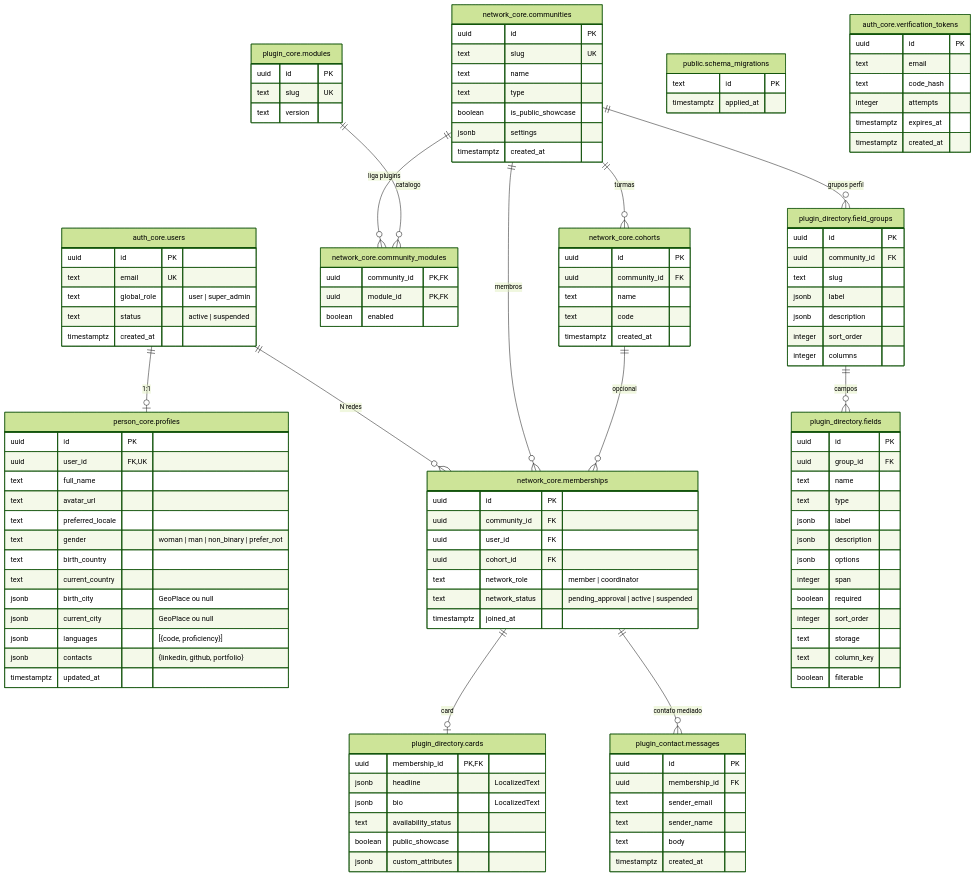
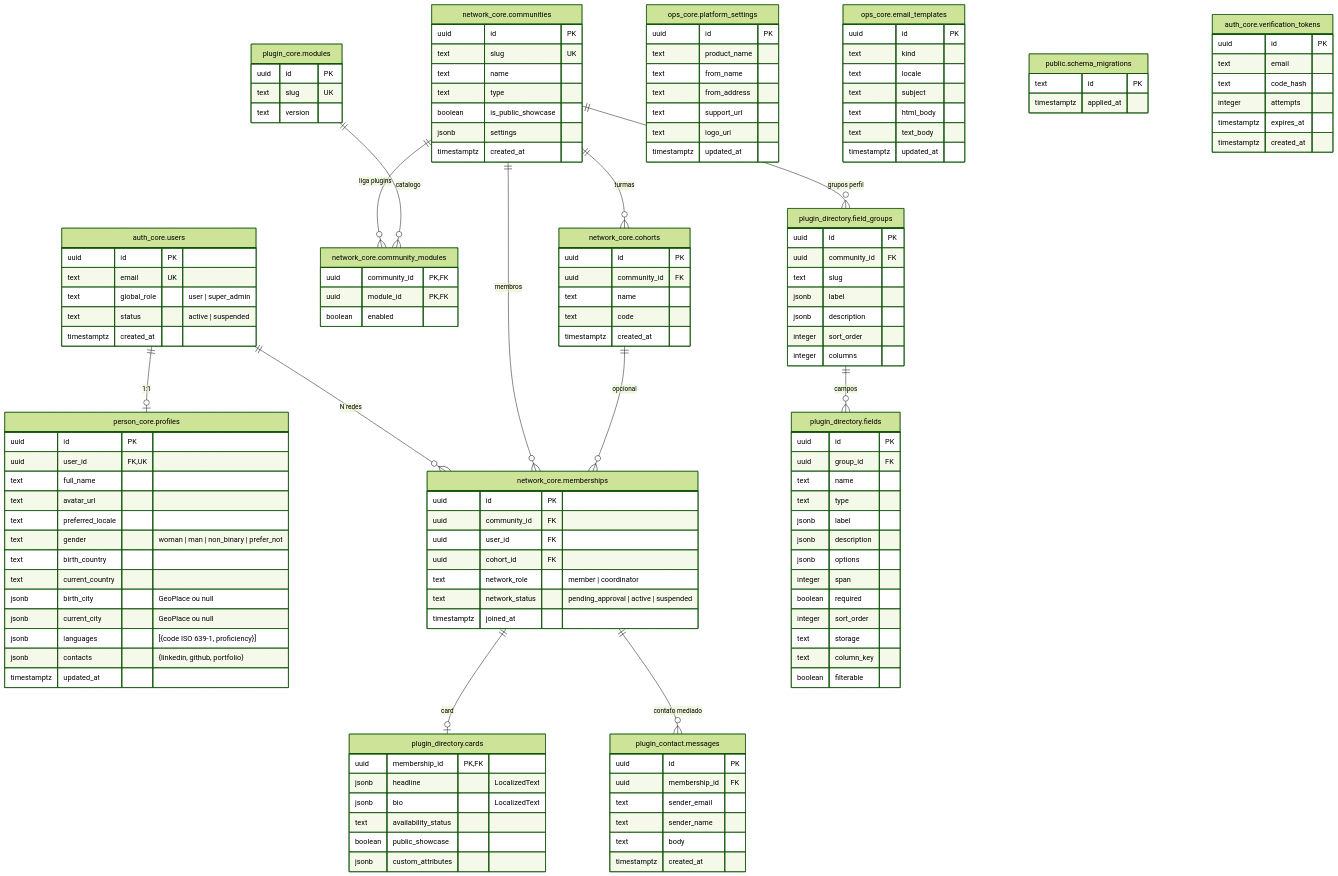
The diagram in docs/architecture/diagrams/alumni-database.md (colabcolibri/comuna), drawn with Mermaid (forest theme) before and after one commit. The commit also changed 99 other files, not shown here.

First line of the commit message:
feat(admin): operate platform mail, tenant settings, and people

```diff
--- a/docs/architecture/diagrams/alumni-database.md
+++ b/docs/architecture/diagrams/alumni-database.md
@@ -21,6 +21,26 @@
     "network_core.communities" ||--O{ "plugin_directory.field_groups" : "grupos perfil"
     "plugin_directory.field_groups" ||--O{ "plugin_directory.fields" : "campos"
     "network_core.memberships" ||--O{ "plugin_contact.messages" : "contato mediado"
+
+    "ops_core.platform_settings" {
+        uuid id PK
+        text product_name
+        text from_name
+        text from_address
+        text support_url
+        text logo_url
+        timestamptz updated_at
+    }
+
+    "ops_core.email_templates" {
+        uuid id PK
+        text kind
+        text locale
+        text subject
+        text html_body
+        text text_body
+        timestamptz updated_at
+    }
 
     "public.schema_migrations" {
         text id PK
@@ -55,7 +75,7 @@
         text current_country
         jsonb birth_city "GeoPlace ou null"
         jsonb current_city "GeoPlace ou null"
-        jsonb languages "[{code, proficiency}]"
+        jsonb languages "[{code ISO 639-1, proficiency}]"
         jsonb contacts "{linkedin, github, portfolio}"
         timestamptz updated_at
     }
```
